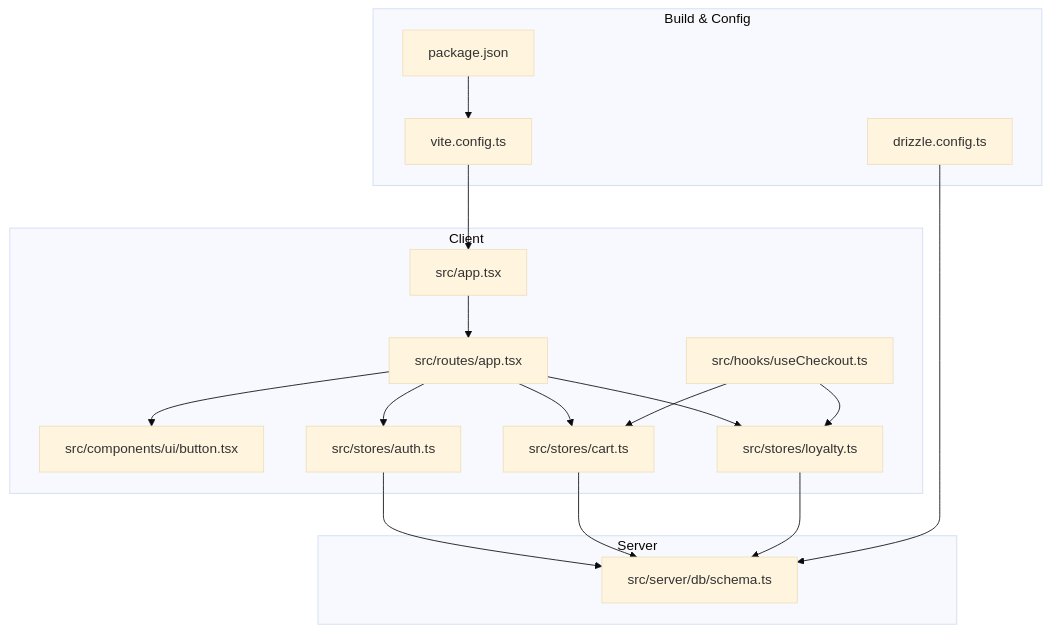
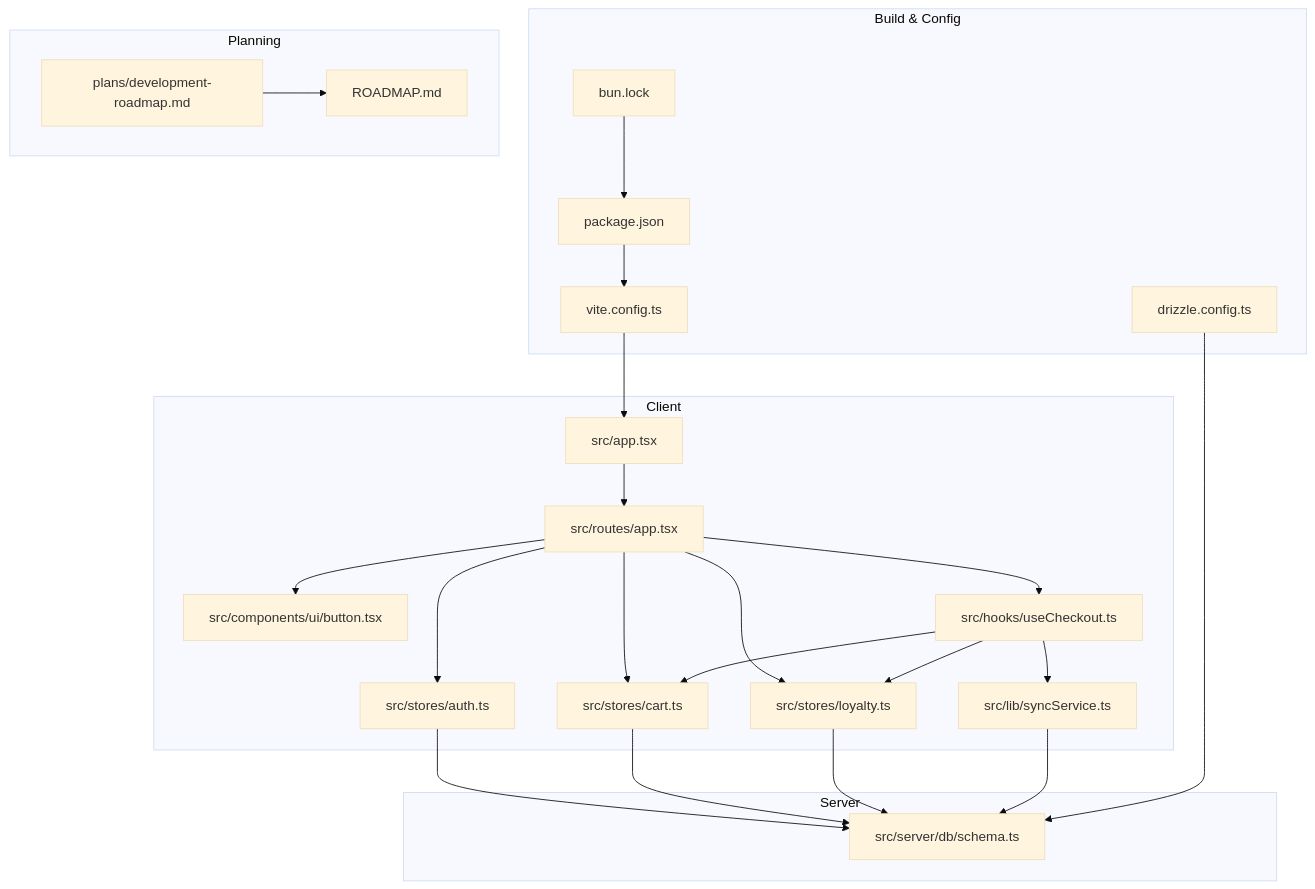
The first of 10 diagrams in .qoder/repowiki/en/content/Development Guidelines/Development Guidelines.md (riod94/ngepos), drawn with Mermaid (base theme) before and after one commit. The commit also changed other lines of this file and 51 other files, not shown here.

````diff
--- a/.qoder/repowiki/en/content/Development Guidelines/Development Guidelines.md
+++ b/.qoder/repowiki/en/content/Development Guidelines/Development Guidelines.md
@@ -54,33 +71,44 @@
 ```mermaid
 graph TB
 subgraph "Client"
 A["src/app.tsx"]
 B["src/routes/app.tsx"]
 C["src/components/ui/button.tsx"]
 D["src/stores/auth.ts"]
 E["src/stores/cart.ts"]
 F["src/stores/loyalty.ts"]
 G["src/hooks/useCheckout.ts"]
+H["src/lib/syncService.ts"]
 end
 subgraph "Server"
-H["src/server/db/schema.ts"]
+I["src/server/db/schema.ts"]
 end
 subgraph "Build & Config"
-I["vite.config.ts"]
-J["drizzle.config.ts"]
-K["package.json"]
+J["vite.config.ts"]
+K["drizzle.config.ts"]
+L["package.json"]
+M["bun.lock"]
+end
+subgraph "Planning"
+N["plans/development-roadmap.md"]
+O["ROADMAP.md"]
 end
 A --> B
 B --> C
 B --> D
 B --> E
 B --> F
+B --> G
+G --> H
 G --> E
 G --> F
-D --> H
-E --> H
-F --> H
-I --> A
-J --> H
+D --> I
+E --> I
+F --> I
+H --> I
+J --> A
 K --> I
+L --> J
+M --> L
+N --> O
 ```
````
